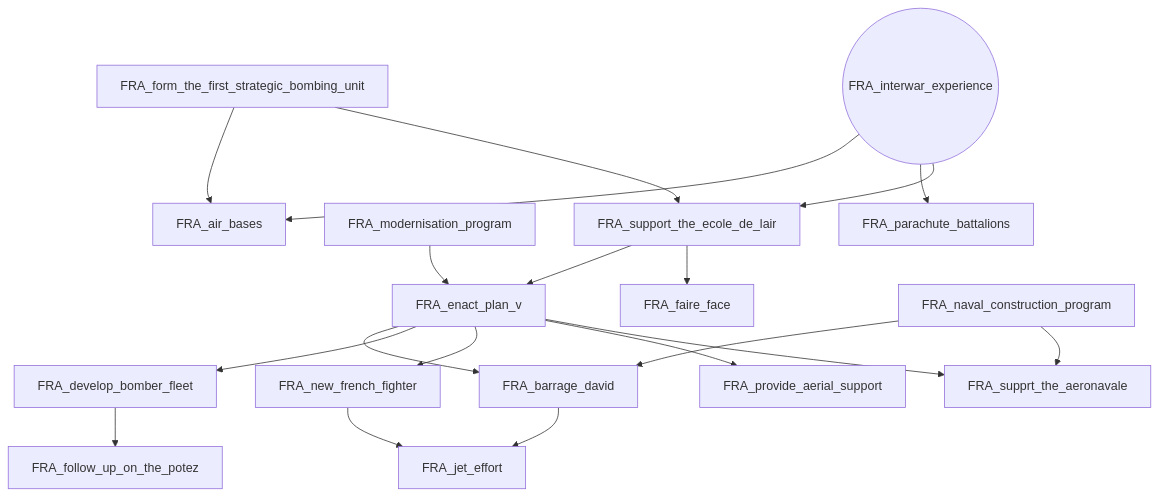
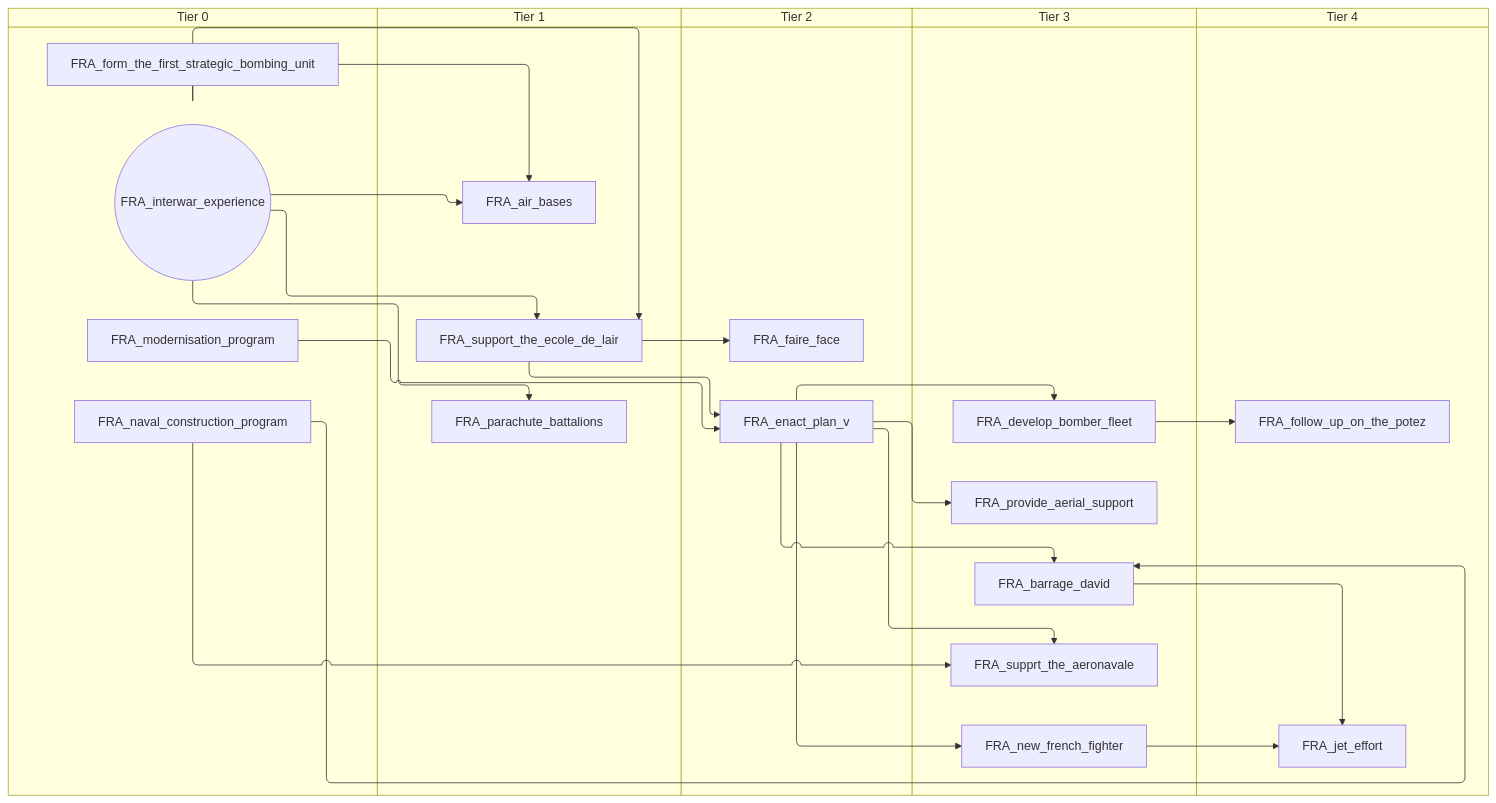
The ninth of 14 diagrams in docs/gdd/National Focuses/france.md (evgeny-sobol/hoi4-sandbox-mode-r56), drawn with Mermaid before and after one commit. The commit also changed other lines of this file and 423 other files, not shown here.

First line of the commit message:
Re-export Rt56 focus trees as swimlane diagrams

````diff
--- a/docs/gdd/National Focuses/france.md
+++ b/docs/gdd/National Focuses/france.md
@@ -586,37 +690,47 @@
 ```mermaid
-flowchart TD
-    n166["FRA_air_bases"]
-    n3["FRA_barrage_david"]
-    n167["FRA_develop_bomber_fleet"]
-    n10["FRA_enact_plan_v"]
-    n168["FRA_faire_face"]
-    n169["FRA_follow_up_on_the_potez"]
-    n170["FRA_form_the_first_strategic_bombing_unit"]
-    n171(("FRA_interwar_experience"))
-    n14["FRA_jet_effort"]
-    n172["FRA_modernisation_program"]
-    n17["FRA_naval_construction_program"]
-    n19["FRA_new_french_fighter"]
-    n179["FRA_parachute_battalions"]
-    n173["FRA_provide_aerial_support"]
-    n175["FRA_support_the_ecole_de_lair"]
-    n23["FRA_supprt_the_aeronavale"]
-    n171 --> n166
-    n170 --> n166
-    n10 --> n3
-    n17 --> n3
-    n10 --> n167
-    n175 --> n10
-    n172 --> n10
-    n175 --> n168
-    n167 --> n169
-    n19 --> n14
-    n3 --> n14
-    n10 --> n19
-    n171 --> n179
-    n10 --> n173
-    n170 --> n175
-    n171 --> n175
-    n10 --> n23
-    n17 --> n23
+swimlane-beta TD
+    subgraph tier_0["Tier 0"]
+        n166["FRA_form_the_first_strategic_bombing_unit"]
+        n167(("FRA_interwar_experience"))
+        n169["FRA_modernisation_program"]
+        n18["FRA_naval_construction_program"]
+    end
+    subgraph tier_1["Tier 1"]
+        n168["FRA_air_bases"]
+        n179["FRA_parachute_battalions"]
+        n171["FRA_support_the_ecole_de_lair"]
+    end
+    subgraph tier_2["Tier 2"]
+        n2["FRA_enact_plan_v"]
+        n172["FRA_faire_face"]
+    end
+    subgraph tier_3["Tier 3"]
+        n19["FRA_barrage_david"]
+        n173["FRA_develop_bomber_fleet"]
+        n3["FRA_new_french_fighter"]
+        n174["FRA_provide_aerial_support"]
+        n24["FRA_supprt_the_aeronavale"]
+    end
+    subgraph tier_4["Tier 4"]
+        n175["FRA_follow_up_on_the_potez"]
+        n25["FRA_jet_effort"]
+    end
+    n167 --> n168
+    n166 --> n168
+    n2 --> n19
+    n18 --> n19
+    n2 --> n173
+    n171 --> n2
+    n169 --> n2
+    n171 --> n172
+    n173 --> n175
+    n3 --> n25
+    n19 --> n25
+    n2 --> n3
+    n167 --> n179
+    n2 --> n174
+    n166 --> n171
+    n167 --> n171
+    n2 --> n24
+    n18 --> n24
 ```
````
